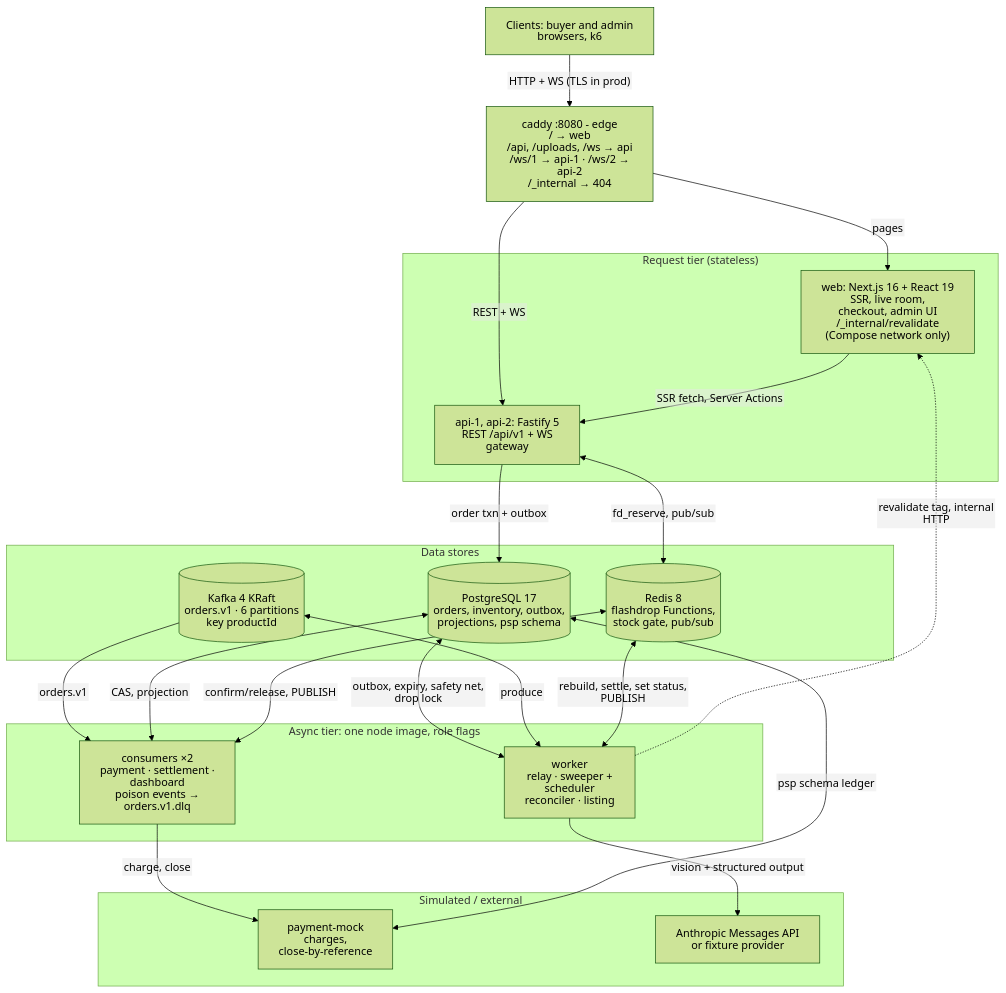
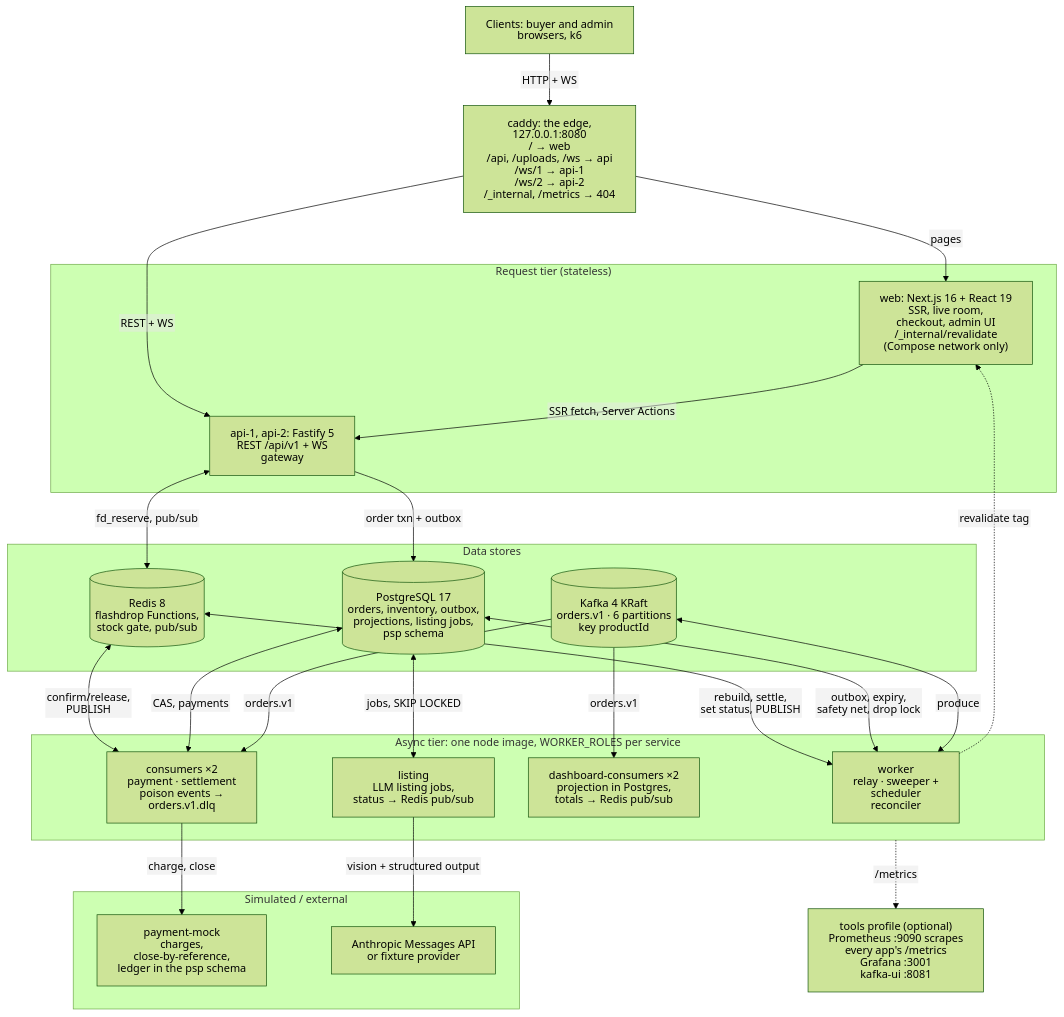
The diagram in docs/diagrams/architecture.mmd (Linykq/FlashDrop), drawn with Mermaid (forest theme) before and after one commit. The commit also changed 340 other files, not shown here.

```diff
--- a/docs/diagrams/architecture.mmd
+++ b/docs/diagrams/architecture.mmd
@@ -1,43 +1,49 @@
 %%{init: {"htmlLabels": false, "flowchart": {"htmlLabels": false}}}%%
-%% FlashDrop container view. Source of docs/diagrams/architecture.svg
+%% FlashDrop container view, as built (design section 15 service table). Source of docs/diagrams/architecture.svg
 %% Async-tier edges are written data-store-first so the layout keeps Data above Async above External.
 flowchart TB
   CL["Clients: buyer and admin browsers, k6"]
-  CADDY["caddy :8080 - edge<br/>/ → web<br/>/api, /uploads, /ws → api<br/>/ws/1 → api-1 · /ws/2 → api-2<br/>/_internal → 404"]
-  CL -->|"HTTP + WS (TLS in prod)"| CADDY
+  CADDY["caddy: the edge, 127.0.0.1:8080<br/>/ → web<br/>/api, /uploads, /ws → api<br/>/ws/1 → api-1<br/>/ws/2 → api-2<br/>/_internal, /metrics → 404"]
+  CL -->|"HTTP + WS"| CADDY
 
   subgraph REQ["Request tier (stateless)"]
     WEB["web: Next.js 16 + React 19<br/>SSR, live room,<br/>checkout, admin UI<br/>/_internal/revalidate<br/>(Compose network only)"]
     API["api-1, api-2: Fastify 5<br/>REST /api/v1 + WS gateway"]
   end
   CADDY -->|"pages"| WEB
   CADDY -->|"REST + WS"| API
   WEB -->|"SSR fetch, Server Actions"| API
 
   subgraph DATA["Data stores"]
     RD[("Redis 8<br/>flashdrop Functions,<br/>stock gate, pub/sub")]
-    PG[("PostgreSQL 17<br/>orders, inventory, outbox,<br/>projections, psp schema")]
+    PG[("PostgreSQL 17<br/>orders, inventory, outbox,<br/>projections, listing jobs,<br/>psp schema")]
     KF[("Kafka 4 KRaft<br/>orders.v1 · 6 partitions<br/>key productId")]
   end
   API <-->|"fd_reserve, pub/sub"| RD
   API -->|"order txn + outbox"| PG
 
-  subgraph ASYNC["Async tier: one node image, role flags"]
-    WK["worker<br/>relay · sweeper + scheduler<br/>reconciler · listing"]
-    CON["consumers ×2<br/>payment · settlement · dashboard<br/>poison events → orders.v1.dlq"]
+  subgraph ASYNC["Async tier: one node image, WORKER_ROLES per service"]
+    WK["worker<br/>relay · sweeper + scheduler<br/>reconciler"]
+    CON["consumers ×2<br/>payment · settlement<br/>poison events → orders.v1.dlq"]
+    DCON["dashboard-consumers ×2<br/>projection in Postgres,<br/>totals → Redis pub/sub"]
+    LST["listing<br/>LLM listing jobs,<br/>status → Redis pub/sub"]
   end
-  PG <-->|"outbox, expiry, safety net, drop lock"| WK
+  RD <-->|"rebuild, settle,<br/>set status, PUBLISH"| WK
+  PG <-->|"outbox, expiry,<br/>safety net, drop lock"| WK
   KF <-->|"produce"| WK
-  RD <-->|"rebuild, settle, set status, PUBLISH"| WK
+  RD <-->|"confirm/release,<br/>PUBLISH"| CON
+  PG <-->|"CAS, payments"| CON
   KF -->|"orders.v1"| CON
-  PG <-->|"CAS, projection"| CON
-  RD <-->|"confirm/release, PUBLISH"| CON
-  WK -.->|"revalidate tag, internal HTTP"| WEB
+  KF -->|"orders.v1"| DCON
+  PG <-->|"jobs, SKIP LOCKED"| LST
+  WK -.->|"revalidate tag"| WEB
 
   subgraph EXT["Simulated / external"]
-    PSP["payment-mock<br/>charges, close-by-reference"]
+    PSP["payment-mock<br/>charges, close-by-reference,<br/>ledger in the psp schema"]
     LLM["Anthropic Messages API<br/>or fixture provider"]
   end
   CON -->|"charge, close"| PSP
-  PG <-->|"psp schema ledger"| PSP
-  WK -->|"vision + structured output"| LLM
+  LST -->|"vision + structured output"| LLM
+
+  OBS["tools profile (optional)<br/>Prometheus :9090 scrapes<br/>every app's /metrics<br/>Grafana :3001<br/>kafka-ui :8081"]
+  ASYNC -.->|"/metrics"| OBS
```
